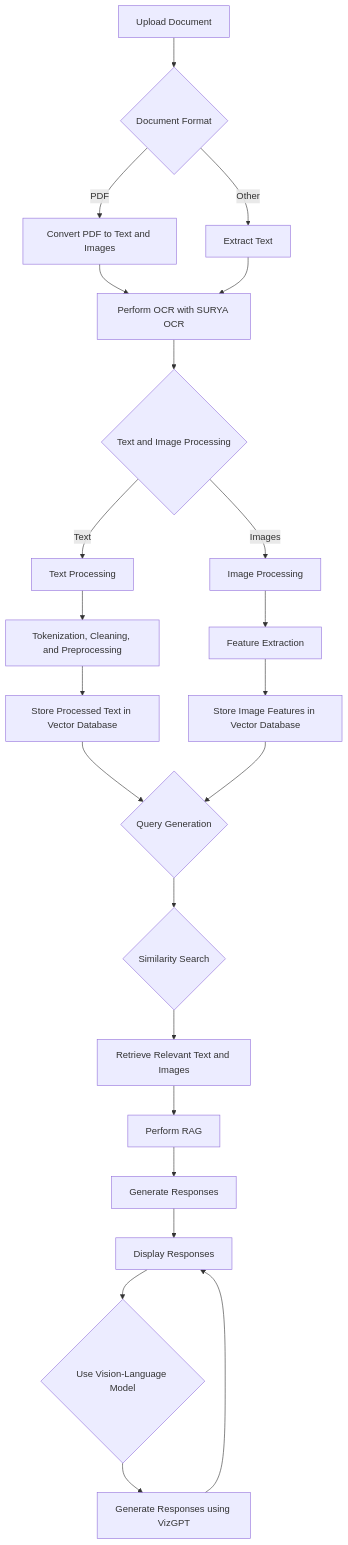
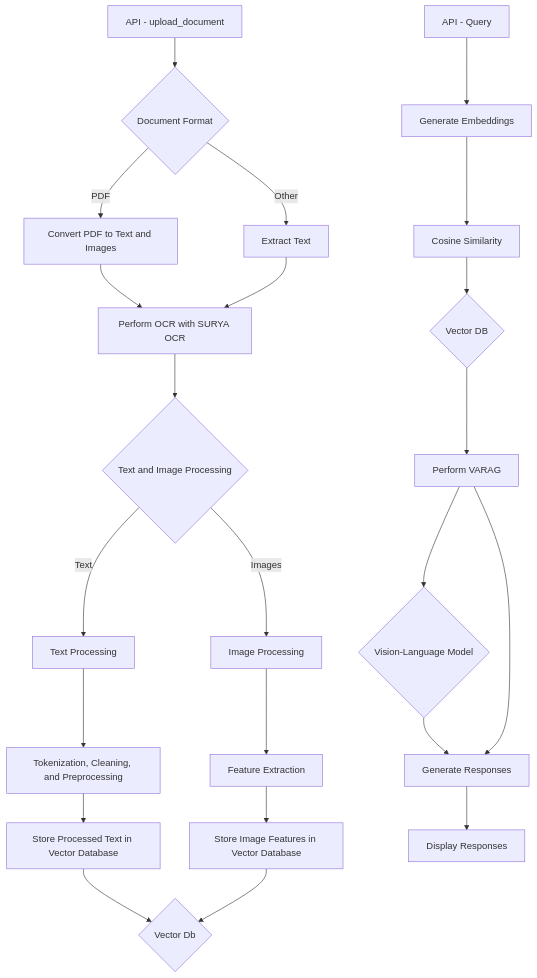
The diagram in README.md (adithya-s-k/VARAG), drawn with Mermaid before and after one commit.

````diff
--- a/README.md
+++ b/README.md
@@ -8,25 +8,29 @@
 ```mermaid
 graph TD;
-    A[Upload Document] --> B{Document Format};
+    A[API - upload_document] --> B{Document Format};
     B --> |PDF| C[Convert PDF to Text and Images];
     B --> |Other| D[Extract Text];
     C --> E[Perform OCR with SURYA OCR];
     D --> E;
     E --> F{Text and Image Processing};
     F --> |Text| G[Text Processing];
     F --> |Images| H[Image Processing];
     G --> I[Tokenization, Cleaning, and Preprocessing];
     H --> J[Feature Extraction];
     I --> K[Store Processed Text in Vector Database];
     J --> L[Store Image Features in Vector Database];
-    K --> M{Query Generation};
+    K --> M{Vector Db};
     L --> M;
-    M --> N{Similarity Search};
-    N --> O[Retrieve Relevant Text and Images];
-    O --> P[Perform RAG];
+    
+    
+    Z[API - Query];
+    Z --> Y[Generate Embeddings];
+    Y --> N[Cosine Similarity];
+    N --> X{Vector DB};
+    X --> P[Perform VARAG];
+    P --> S{Vision-Language Model};
+    S --> Q;
+
     P --> Q[Generate Responses];
     Q --> R[Display Responses];
-    R --> S{Use Vision-Language Model};
-    S --> T[Generate Responses using VizGPT];
-    T --> R;
 ```
````
